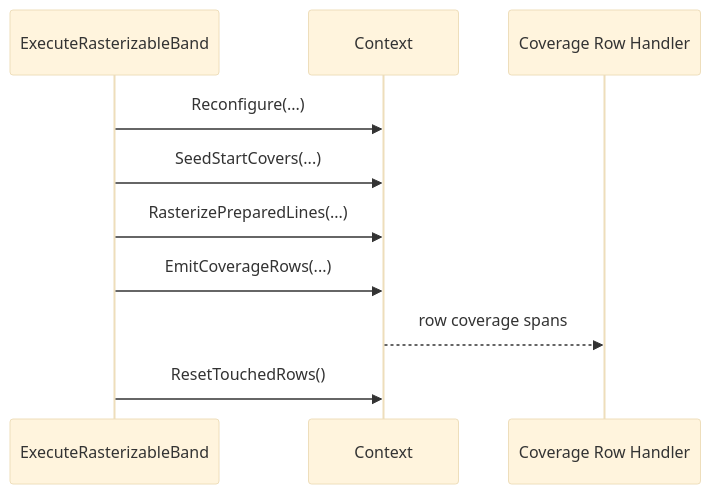
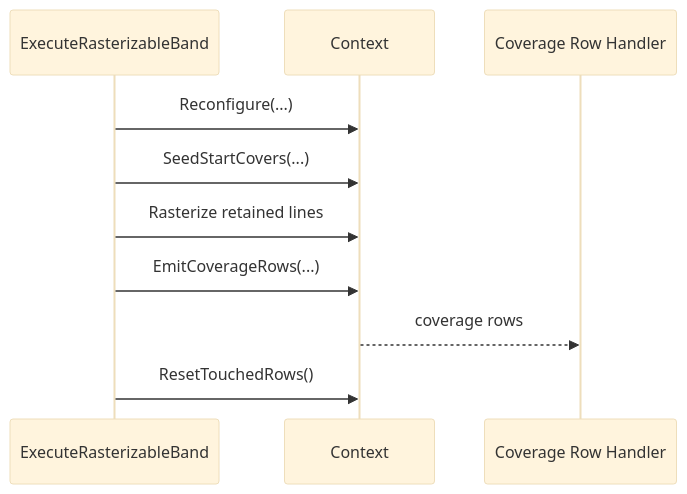
Before and after one commit to SixLabors/ImageSharp.Drawing: the second of 6 diagrams in src/ImageSharp.Drawing/Processing/Backends/DEFAULT_RASTERIZER.MD, drawn with Mermaid (base theme). The commit also changed other lines of this file and 6 other files, not shown here.

````diff
--- a/src/ImageSharp.Drawing/Processing/Backends/DEFAULT_RASTERIZER.MD
+++ b/src/ImageSharp.Drawing/Processing/Backends/DEFAULT_RASTERIZER.MD
@@ -94,13 +173,13 @@
 ```mermaid
 sequenceDiagram
     participant Exec as ExecuteRasterizableBand
     participant Ctx as Context
     participant Emit as Coverage Row Handler
 
     Exec->>Ctx: Reconfigure(...)
     Exec->>Ctx: SeedStartCovers(...)
-    Exec->>Ctx: RasterizePreparedLines(...)
+    Exec->>Ctx: Rasterize retained lines
     Exec->>Ctx: EmitCoverageRows(...)
-    Ctx-->>Emit: row coverage spans
+    Ctx-->>Emit: coverage rows
     Exec->>Ctx: ResetTouchedRows()
 ```
````
